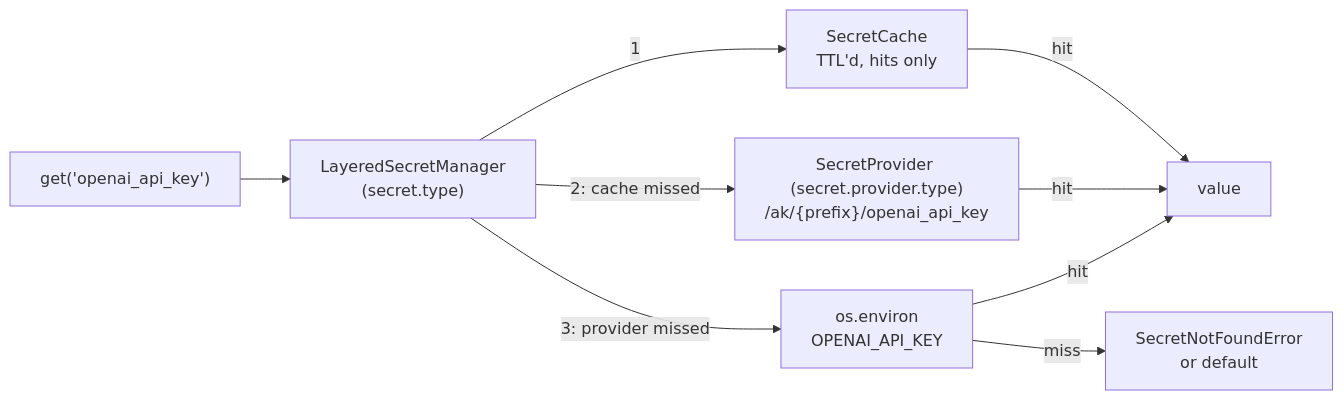
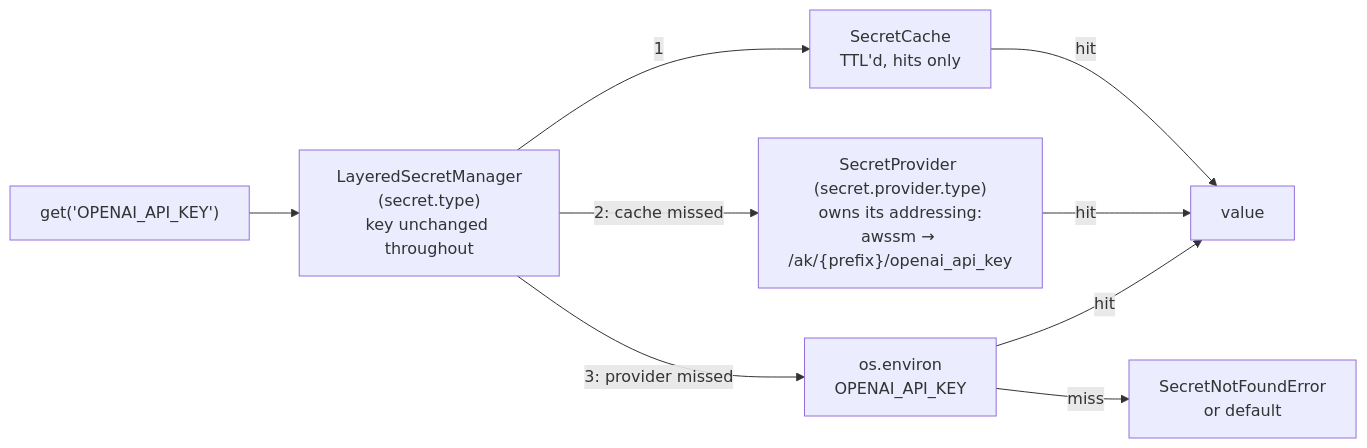
The diagram in docs/specs/749-secret-resolution/design.md (yaalalabs/agent-kernel), drawn with Mermaid before and after one commit. The commit also changed other lines of this file and 1 other file, not shown here.

First line of the commit message:
docs: update secret resolution spec to finalize grammar and provider ownership

````diff
--- a/docs/specs/749-secret-resolution/design.md
+++ b/docs/specs/749-secret-resolution/design.md
@@ -39,11 +40,11 @@
 ```mermaid
 graph LR
-    C["get('openai_api_key')"] --> M["LayeredSecretManager<br/>(secret.type)"]
+    C["get('OPENAI_API_KEY')"] --> M["LayeredSecretManager<br/>(secret.type)<br/>key unchanged throughout"]
     M -->|"1"| CA[SecretCache<br/>TTL'd, hits only]
-    M -->|"2: cache missed"| P["SecretProvider (secret.provider.type)<br/>/ak/{prefix}/openai_api_key"]
+    M -->|"2: cache missed"| P["SecretProvider (secret.provider.type)<br/>owns its addressing:<br/>awssm → /ak/{prefix}/openai_api_key"]
     M -->|"3: provider missed"| E["os.environ<br/>OPENAI_API_KEY"]
     CA -->|hit| V[value]
     P -->|hit| V
     E -->|hit| V
     E -->|miss| X["SecretNotFoundError<br/>or default"]
 ```
````
